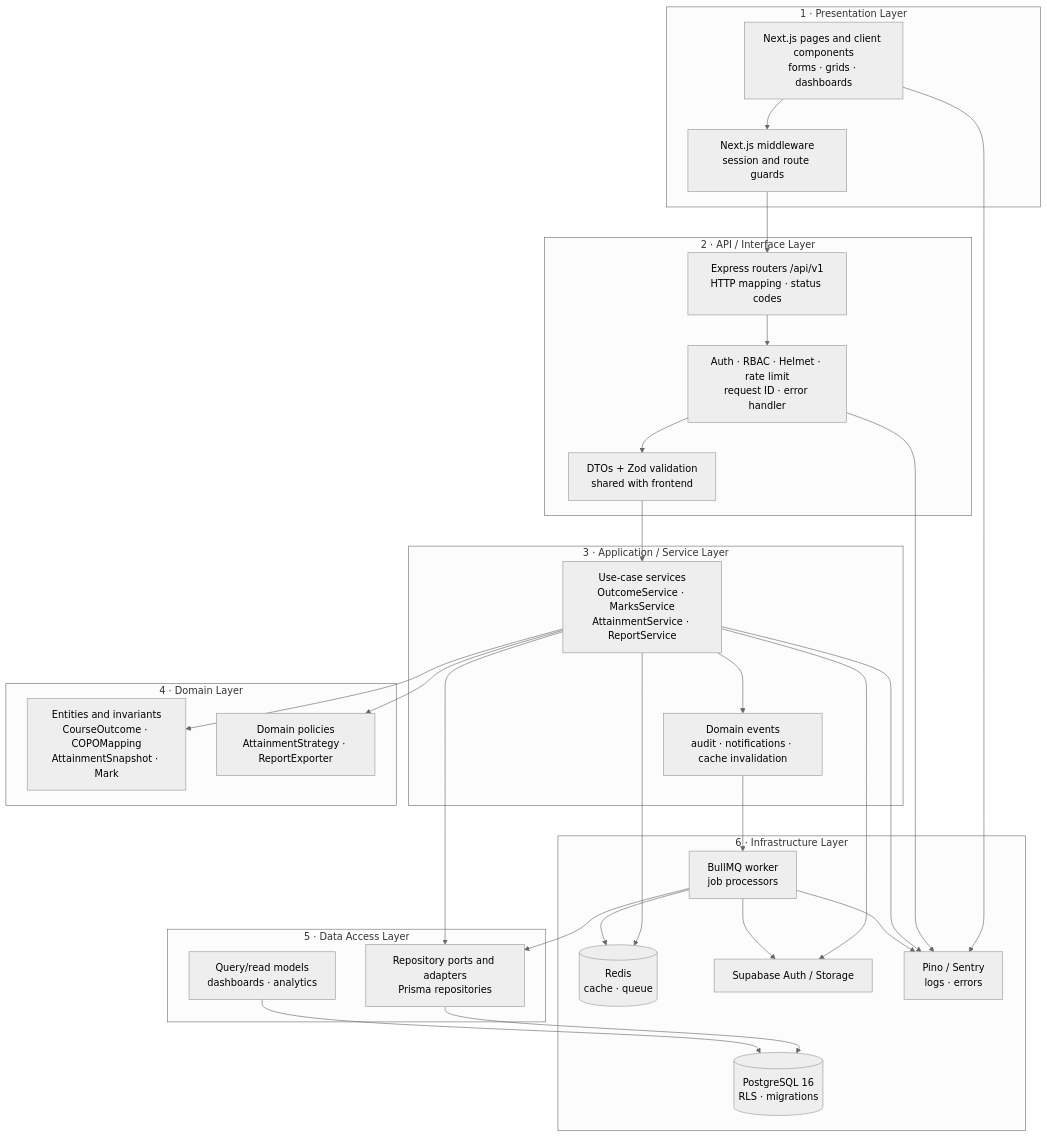
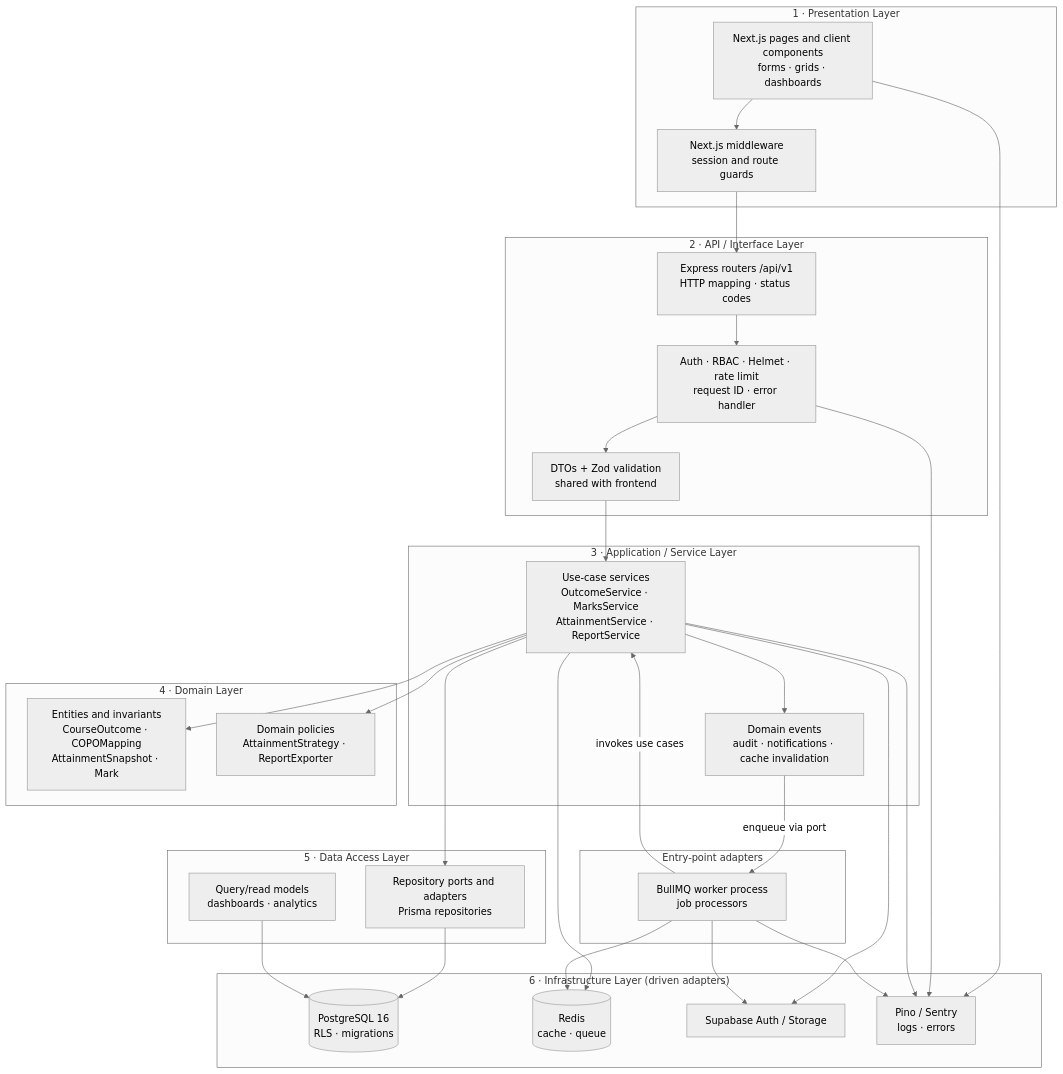
The second of 4 diagrams in EX9README.md (harshh-debug/2026-2027_IT-B_20240110085), drawn with Mermaid (neutral theme) before and after one commit. The commit also changed other lines of this file, not shown here.

Commit message:
docs: clarify worker as entry-point adapter in architecture

````diff
--- a/EX9README.md
+++ b/EX9README.md
@@ -70,58 +70,61 @@
 ```mermaid
 flowchart TB
     subgraph L1["1 · Presentation Layer"]
         UI["Next.js pages and client components<br/>forms · grids · dashboards"]
         MW["Next.js middleware<br/>session and route guards"]
     end
 
     subgraph L2["2 · API / Interface Layer"]
         ROUTER["Express routers /api/v1<br/>HTTP mapping · status codes"]
         MIDDLEWARE["Auth · RBAC · Helmet · rate limit<br/>request ID · error handler"]
         DTO["DTOs + Zod validation<br/>shared with frontend"]
     end
 
     subgraph L3["3 · Application / Service Layer"]
         SERVICES["Use-case services<br/>OutcomeService · MarksService<br/>AttainmentService · ReportService"]
         EVENTS["Domain events<br/>audit · notifications · cache invalidation"]
     end
 
     subgraph L4["4 · Domain Layer"]
         ENTITIES["Entities and invariants<br/>CourseOutcome · COPOMapping<br/>AttainmentSnapshot · Mark"]
         STRATEGY["Domain policies<br/>AttainmentStrategy · ReportExporter"]
     end
 
     subgraph L5["5 · Data Access Layer"]
         REPOS["Repository ports and adapters<br/>Prisma repositories"]
         READMODEL["Query/read models<br/>dashboards · analytics"]
     end
 
-    subgraph L6["6 · Infrastructure Layer"]
+    subgraph L6["6 · Infrastructure Layer (driven adapters)"]
         PG[("PostgreSQL 16<br/>RLS · migrations")]
         REDIS[("Redis<br/>cache · queue")]
         SUPABASE["Supabase Auth / Storage"]
-        JOBS["BullMQ worker<br/>job processors"]
         OBS["Pino / Sentry<br/>logs · errors"]
+    end
+
+    subgraph DRIVER["Entry-point adapters"]
+        JOBS["BullMQ worker process<br/>job processors"]
     end
 
     UI --> MW
     MW --> ROUTER
     ROUTER --> MIDDLEWARE
     MIDDLEWARE --> DTO
     DTO --> SERVICES
     SERVICES --> ENTITIES
     SERVICES --> STRATEGY
     SERVICES --> EVENTS
     SERVICES --> REPOS
     REPOS --> PG
     READMODEL --> PG
     SERVICES --> REDIS
     SERVICES --> SUPABASE
-    EVENTS --> JOBS
-    JOBS --> REPOS
+    EVENTS -->|enqueue via port| JOBS
+    JOBS -->|invokes use cases| SERVICES
     JOBS --> REDIS
     JOBS --> SUPABASE
     UI --> OBS
     MIDDLEWARE --> OBS
     SERVICES --> OBS
     JOBS --> OBS
 ```
````
